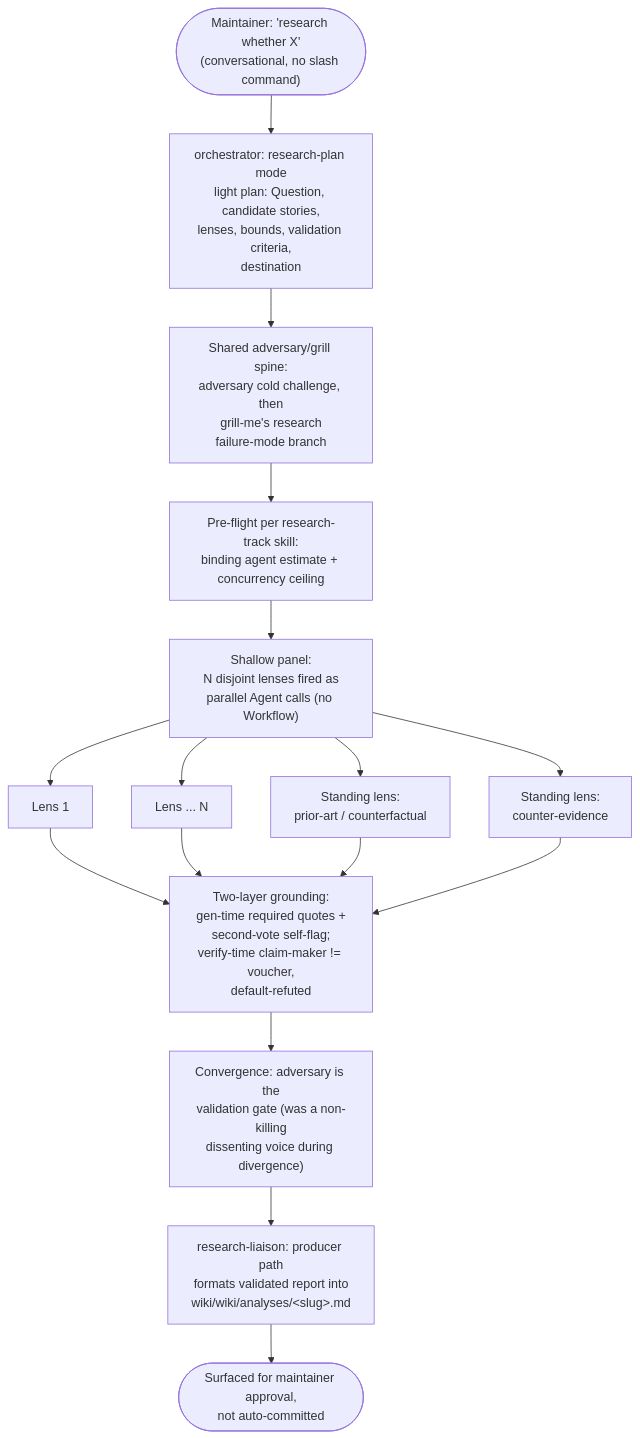
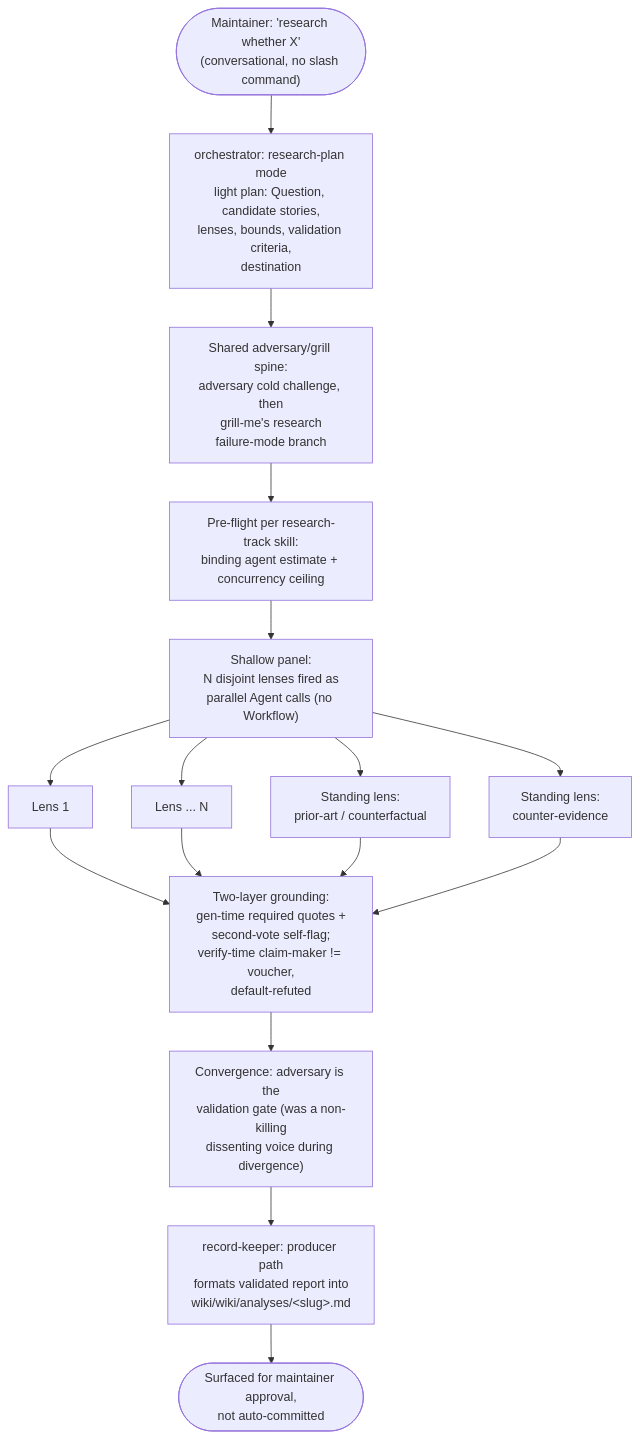
One commit to gjkoplik/hiveplotlib-agent-harness changed the second of 2 diagrams in diagrams.md. Above: the diagram before and after it, drawn with Mermaid. The commit also changed other lines of this file and 16 other files, not shown here.

Commit message:
record keeper rename

````diff
--- a/diagrams.md
+++ b/diagrams.md
@@ -51,19 +51,19 @@
 ```mermaid
 flowchart TD
     ask(["Maintainer: 'research whether X'<br/>(conversational, no slash command)"]) --> orch["orchestrator: research-plan mode<br/>light plan: Question, candidate stories,<br/>lenses, bounds, validation criteria,<br/>destination"]
     orch --> spine["Shared adversary/grill spine:<br/>adversary cold challenge, then<br/>grill-me's research<br/>failure-mode branch"]
     spine --> preflight["Pre-flight per research-track skill:<br/>binding agent estimate + concurrency ceiling"]
     preflight --> panel["Shallow panel:<br/>N disjoint lenses fired as<br/>parallel Agent calls (no Workflow)"]
     panel --> l1["Lens 1"]
     panel --> ln["Lens ... N"]
     panel --> s1["Standing lens:<br/>prior-art / counterfactual"]
     panel --> s2["Standing lens:<br/>counter-evidence"]
     l1 --> ground
     ln --> ground
     s1 --> ground
     s2 --> ground
     ground["Two-layer grounding:<br/>gen-time required quotes +<br/>second-vote self-flag;<br/>verify-time claim-maker != voucher,<br/>default-refuted"]
     ground --> converge["Convergence: adversary is the<br/>validation gate (was a non-killing<br/>dissenting voice during divergence)"]
-    converge --> liaison["research-liaison: producer path<br/>formats validated report into<br/>wiki/wiki/analyses/&lt;slug&gt;.md"]
-    liaison --> approve(["Surfaced for maintainer approval,<br/>not auto-committed"])
+    converge --> keeper["record-keeper: producer path<br/>formats validated report into<br/>wiki/wiki/analyses/&lt;slug&gt;.md"]
+    keeper --> approve(["Surfaced for maintainer approval,<br/>not auto-committed"])
 ```
````
